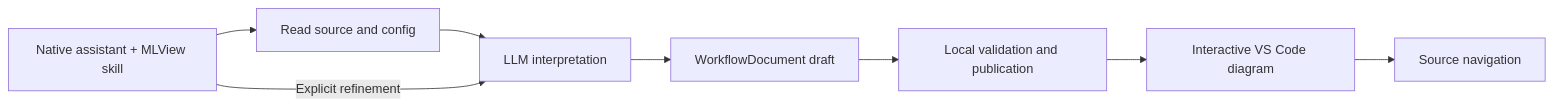
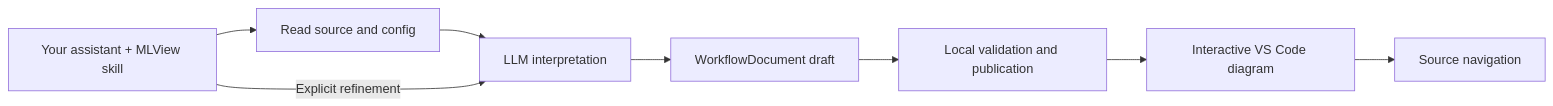
One commit to zqf20096327/ai_collect changed the diagram in data/readmes/realmyang__MLView.md. Above: the diagram before and after it, drawn with Mermaid. The commit also changed other lines of this file and 1880 other files, not shown here.

````diff
--- a/data/readmes/realmyang__MLView.md
+++ b/data/readmes/realmyang__MLView.md
@@ -159,10 +21,10 @@
 ```mermaid
 flowchart LR
-    A[Native assistant + MLView skill] --> B[Read source and config]
+    A[Your assistant + MLView skill] --> B[Read source and config]
     B --> C[LLM interpretation]
     C --> D[WorkflowDocument draft]
     D --> E[Local validation and publication]
     E --> F[Interactive VS Code diagram]
     F --> G[Source navigation]
     A -->|Explicit refinement| C
 ```
````
